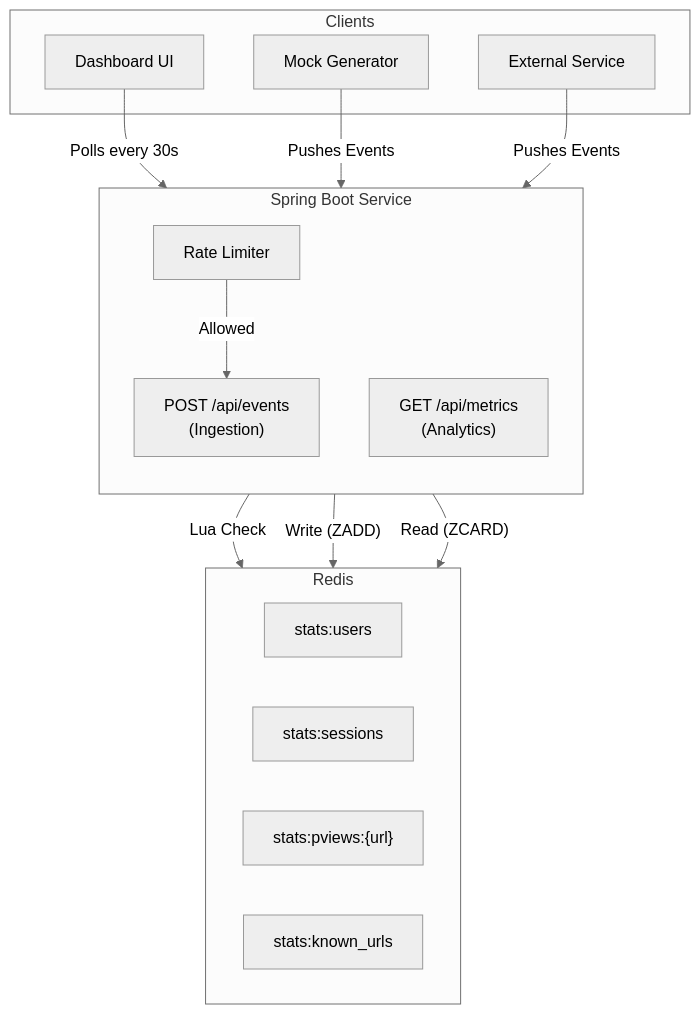
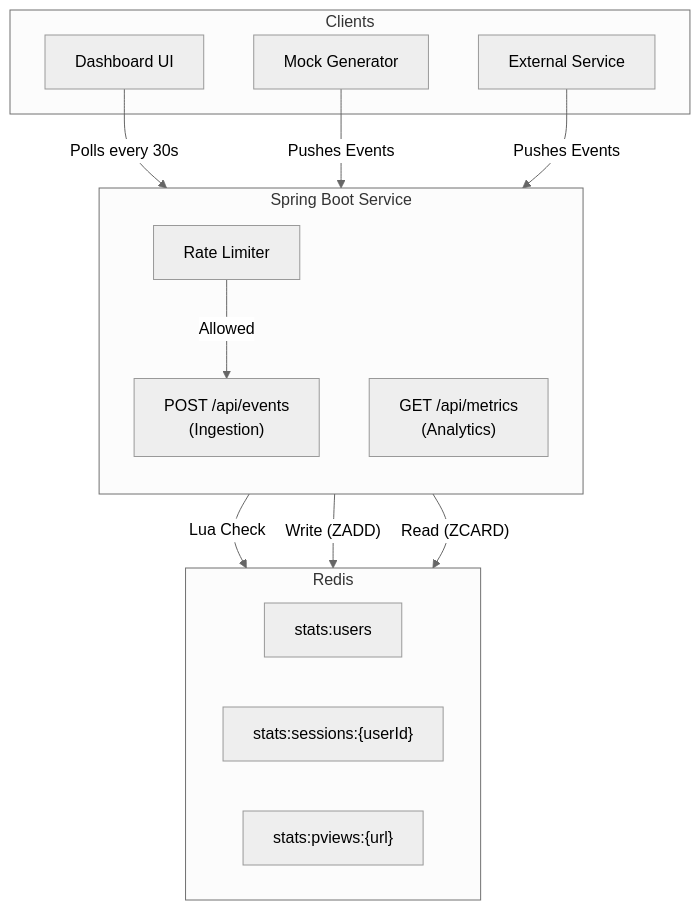
One commit to saurav7sc/analytics-service changed the diagram in README.md. Above: the diagram before and after it, drawn with Mermaid (neutral theme). The commit also changed other lines of this file, not shown here.

````diff
--- a/README.md
+++ b/README.md
@@ -83,35 +83,34 @@
 ```mermaid
 flowchart TB
     subgraph Clients
         Dash[Dashboard UI]
         Mock[Mock Generator]
         Ext[External Service]
     end
 
     subgraph API["Spring Boot Service"]
         direction TB
         ratelimit["Rate Limiter"]
         ingest["POST /api/events<br/>(Ingestion)"]
         metrics["GET /api/metrics<br/>(Analytics)"]
     end
 
     subgraph Redis["Redis"]
         users["stats:users"]
-        sessions["stats:sessions"]
+        sessions["stats:sessions:{userId}"]
         pviews["stats:pviews:{url}"]
-        known["stats:known_urls"]
     end
 
     %% The Flows
     Dash -->|Polls every 30s| metrics
     Mock -->|Pushes Events| ratelimit
     Ext -->|Pushes Events| ratelimit
     
     %% Internal API Flow
     ratelimit -->|Allowed| ingest
     
     %% Redis Interactions
     ratelimit --"Lua Check"--> Redis
     ingest --"Write (ZADD)"--> Redis
     metrics --"Read (ZCARD)"--> Redis
 ```
````
